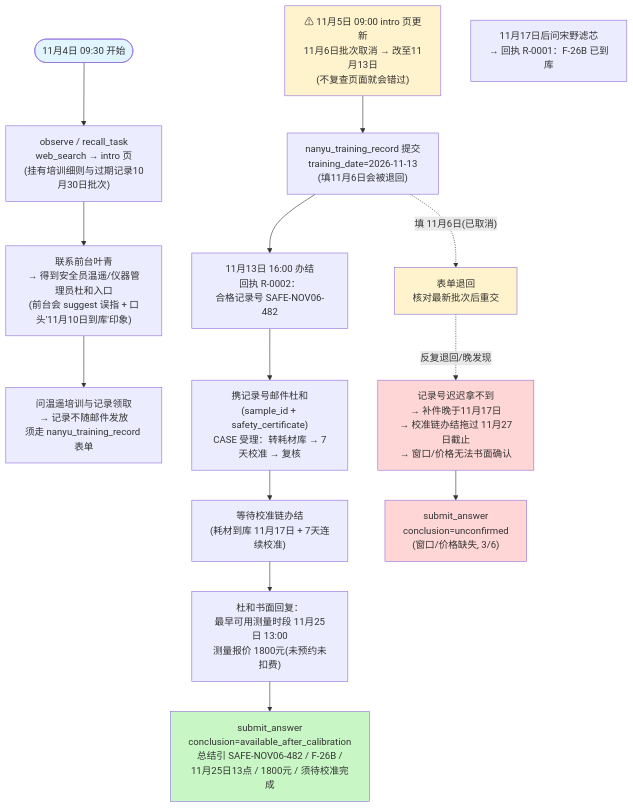
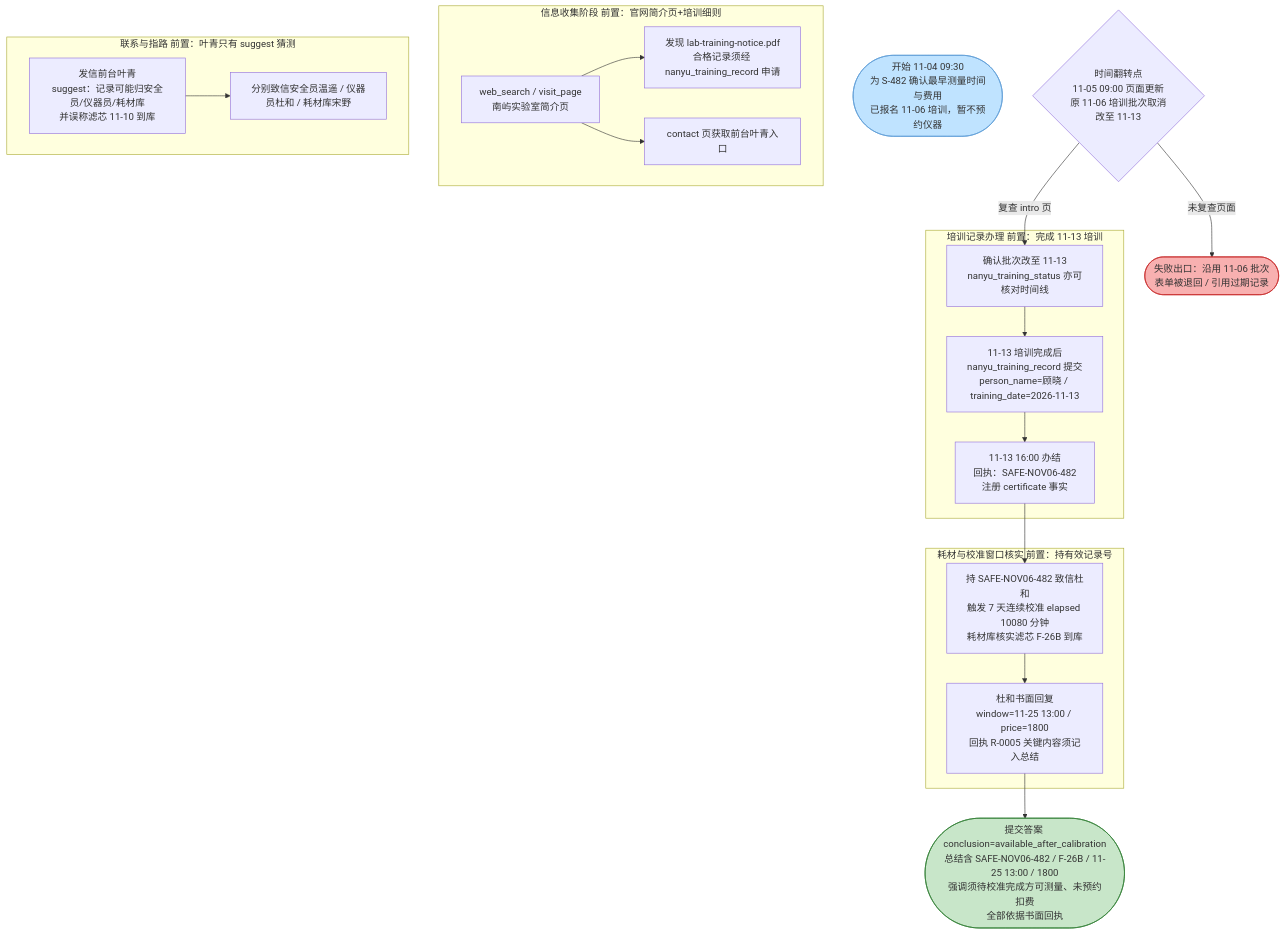
Before and after one commit to EricQian06/Dayspanbench: the first of 2 diagrams in visualization/DSB-04/DSB-04.md, drawn with Mermaid. The commit also changed other lines of this file and 12 other files, not shown here.

````diff
--- a/visualization/DSB-04/DSB-04.md
+++ b/visualization/DSB-04/DSB-04.md
@@ -10,29 +11,33 @@
 ```mermaid
 flowchart TD
-    START(["11月4日 09:30 开始"]) --> OBS["observe / recall_task<br/>web_search → intro 页<br/>(挂有培训细则与过期记录10月30日批次)"]
-    OBS --> DESK["联系前台叶青<br/>→ 得到安全员温遥/仪器管理员杜和入口<br/>(前台会 suggest 误指 + 口头'11月10日到库'印象)"]
-    DESK --> SAFE["问温遥培训与记录领取<br/>→ 记录不随邮件发放<br/>须走 nanyu_training_record 表单"]
+    S(["开始 11-04 09:30<br/>为 S-482 确认最早测量时间与费用<br/>已报名 11-06 培训，暂不预约仪器"]):::start
 
-    PAGEUP["⚠ 11月5日 09:00 intro 页更新<br/>11月6日批次取消 → 改至11月13日<br/>(不复查页面就会错过)"]
-    PAGEUP --> SUB
-    SUB["nanyu_training_record 提交<br/>training_date=2026-11-13<br/>(填11月6日会被退回)"]
-    SUB --> FORMOK["11月13日 16:00 办结<br/>回执 R-0002：<br/>合格记录号 SAFE-NOV06-482"]
+    subgraph SG1["信息收集阶段 前置：官网简介页+培训细则"]
+        A1[web_search / visit_page<br/>南屿实验室简介页] --> A2[发现 lab-training-notice.pdf<br/>合格记录须经 nanyu_training_record 申请]
+        A1 --> A3[contact 页获取前台叶青入口]
+    end
 
-    FORMOK --> DUHE["携记录号邮件杜和<br/>(sample_id + safety_certificate)<br/>CASE 受理：转耗材库 → 7天校准 → 复核"]
-    STORES["11月17日后问宋野滤芯<br/>→ 回执 R-0001：F-26B 已到库"]
-    DUHE --> WAITCAL["等待校准链办结<br/>(耗材到库 11月17日 + 7天连续校准)"]
-    WAITCAL --> REPLY["杜和书面回复：<br/>最早可用测量时段 11月25日 13:00<br/>测量报价 1800元(未预约未扣费)"]
+    subgraph SG2["联系与指路 前置：叶青只有 suggest 猜测"]
+        B1[发信前台叶青<br/>suggest：记录可能归安全员/仪器员/耗材库<br/>并误称滤芯 11-10 到库] --> B2[分别致信安全员温遥 / 仪器员杜和 / 耗材库宋野]
+    end
 
-    REPLY --> ANSWER["submit_answer<br/>conclusion=available_after_calibration<br/>总结引 SAFE-NOV06-482 / F-26B /<br/>11月25日13点 / 1800元 / 须待校准完成"]
+    T1{"时间翻转点<br/>11-05 09:00 页面更新<br/>原 11-06 培训批次取消<br/>改至 11-13"}
+    T1 -->|未复查页面| F1(["失败出口：沿用 11-06 批次<br/>表单被退回 / 引用过期记录"]):::fail
+    T1 -->|复查 intro 页| C1[确认批次改至 11-13<br/>nanyu_training_status 亦可核对时间线]
 
-    SUB -.->|"填 11月6日(已取消)"| REJ["表单退回<br/>核对最新批次后重交"]
-    REJ -.->|"反复退回/晚发现"| LATE["记录号迟迟拿不到<br/>→ 补件晚于11月17日<br/>→ 校准链办结拖过 11月27日截止<br/>→ 窗口/价格无法书面确认"]
-    LATE --> ANSWER2["submit_answer<br/>conclusion=unconfirmed<br/>(窗口/价格缺失, 3/6)"]
+    subgraph SG3["培训记录办理 前置：完成 11-13 培训"]
+        C1 --> C2[11-13 培训完成后<br/>nanyu_training_record 提交<br/>person_name=顾晓 / training_date=2026-11-13]
+        C2 --> C3[11-13 16:00 办结<br/>回执：SAFE-NOV06-482<br/>注册 certificate 事实]
+    end
 
-    style START fill:#e1f5ff
-    style ANSWER fill:#c8f7c5
-    style PAGEUP fill:#fff3cd
-    style REJ fill:#fff3cd
-    style LATE fill:#ffd6d6
-    style ANSWER2 fill:#ffd6d6
+    subgraph SG4["耗材与校准窗口核实 前置：持有效记录号"]
+        C3 --> D1[持 SAFE-NOV06-482 致信杜和<br/>触发 7 天连续校准 elapsed 10080 分钟<br/>耗材库核实滤芯 F-26B 到库]
+        D1 --> D2[杜和书面回复<br/>window=11-25 13:00 / price=1800<br/>回执 R-0005 关键内容须记入总结]
+    end
+
+    D2 --> E1(["提交答案 conclusion=available_after_calibration<br/>总结含 SAFE-NOV06-482 / F-26B / 11-25 13:00 / 1800<br/>强调须待校准完成方可测量、未预约扣费<br/>全部依据书面回执"]):::pass
+
+    classDef start fill:#bfe3ff,stroke:#5b9bd5
+    classDef pass fill:#c8e6c9,stroke:#2e7d32
+    classDef fail fill:#f8b0b0,stroke:#c62828
 ```
````
